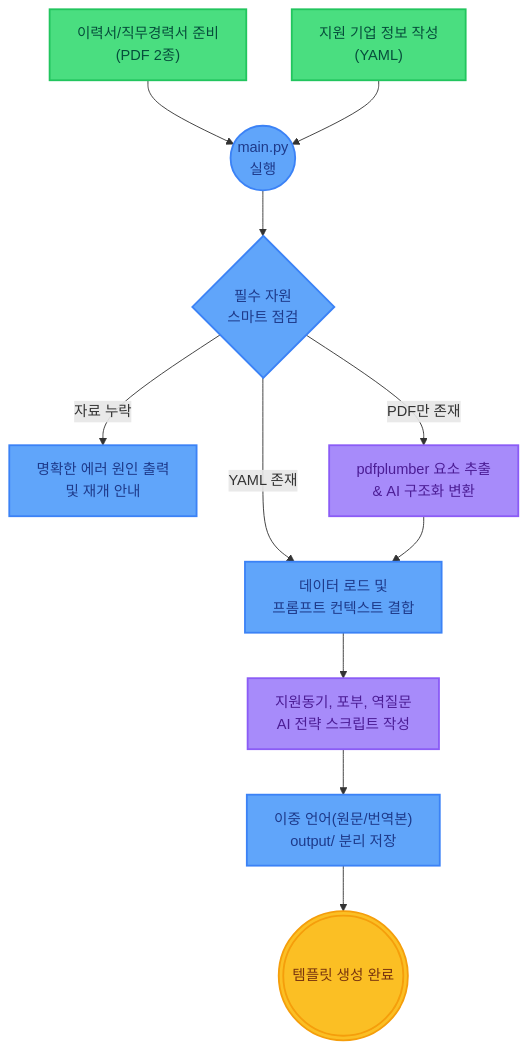
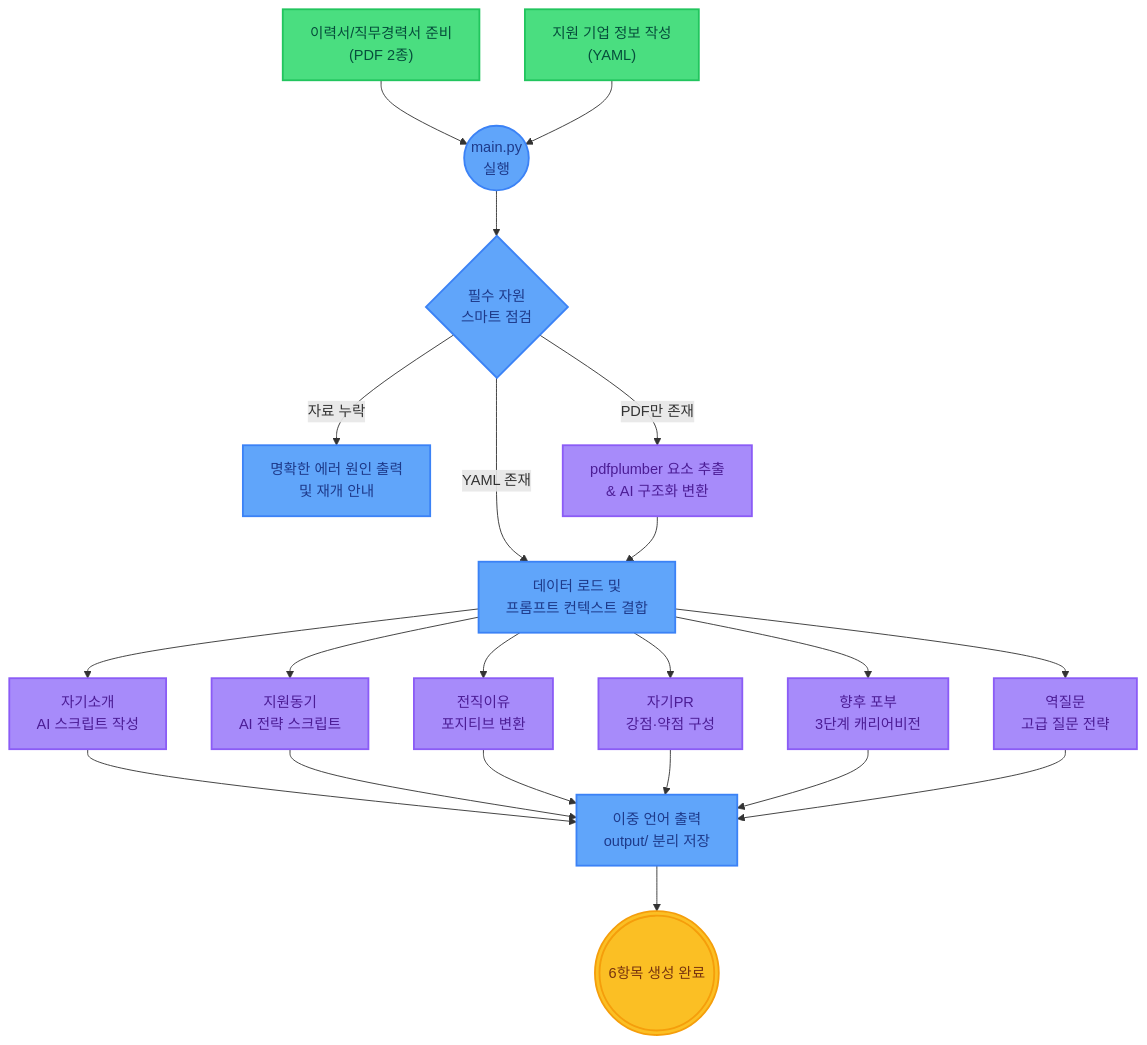
Before and after one commit to Ugee0810/AI-Agents.Naite: the diagram in README.md, drawn with Mermaid. The commit also changed other lines of this file and 5 other files, not shown here.

````diff
--- a/README.md
+++ b/README.md
@@ -25,27 +26,38 @@
 ```mermaid
 graph TD
     classDef user fill:#4ade80,stroke:#22c55e,stroke-width:2px,color:#064e3b;
     classDef system fill:#60a5fa,stroke:#3b82f6,stroke-width:2px,color:#1e3a8a;
     classDef ai fill:#a78bfa,stroke:#8b5cf6,stroke-width:2px,color:#4c1d95;
     classDef result fill:#fbbf24,stroke:#f59e0b,stroke-width:2px,color:#78350f;
 
     %% 준비
     A1["이력서/직무경력서 준비<br>(PDF 2종)"]:::user
     A2["지원 기업 정보 작성<br>(YAML)"]:::user
     
     A1 --> B(("main.py<br>실행")):::system
     A2 --> B
     
     %% 파이프라인 로직
     B --> C{"필수 자원<br>스마트 점검"}:::system
     C -- "자료 누락" --> Err["명확한 에러 원인 출력<br>및 재개 안내"]:::system
     
     C -- "PDF만 존재" --> D["pdfplumber 요소 추출<br>& AI 구조화 변환"]:::ai
     C -- "YAML 존재" --> E["데이터 로드 및<br>프롬프트 컨텍스트 결합"]:::system
     D --> E
     
-    %% AI 분석 및 결과
-    E --> F["지원동기, 포부, 역질문<br>AI 전략 스크립트 작성"]:::ai
-    F --> G["이중 언어(원문/번역본)<br>output/ 분리 저장"]:::system
-    G --> H((("템플릿 생성 완료"))):::result
+    %% AI 분석 및 결과 (6항목)
+    E --> F1["자기소개<br>AI 스크립트 작성"]:::ai
+    E --> F2["지원동기<br>AI 전략 스크립트"]:::ai
+    E --> F3["전직이유<br>포지티브 변환"]:::ai
+    E --> F4["자기PR<br>강점·약점 구성"]:::ai
+    E --> F5["향후 포부<br>3단계 캐리어비전"]:::ai
+    E --> F6["역질문<br>고급 질문 전략"]:::ai
+    
+    F1 --> G["이중 언어 출력<br>output/ 분리 저장"]:::system
+    F2 --> G
+    F3 --> G
+    F4 --> G
+    F5 --> G
+    F6 --> G
+    G --> H((("6항목 생성 완료"))):::result
 ```
````
